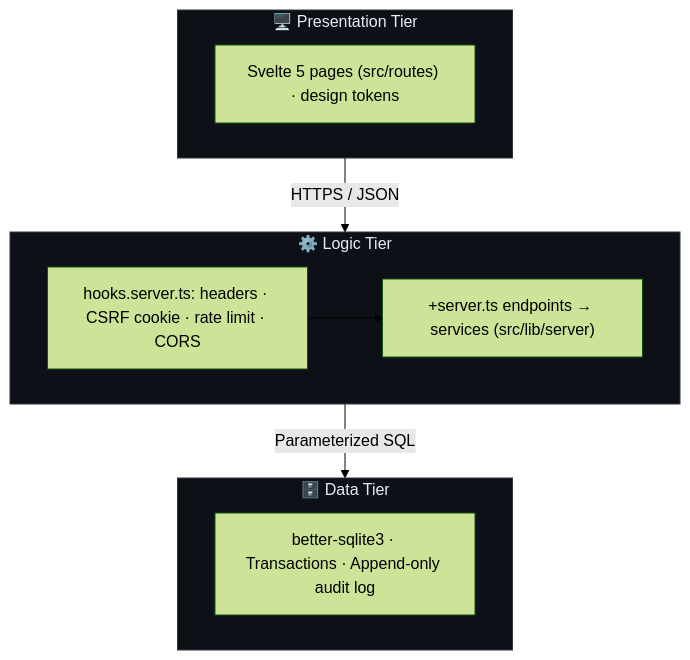
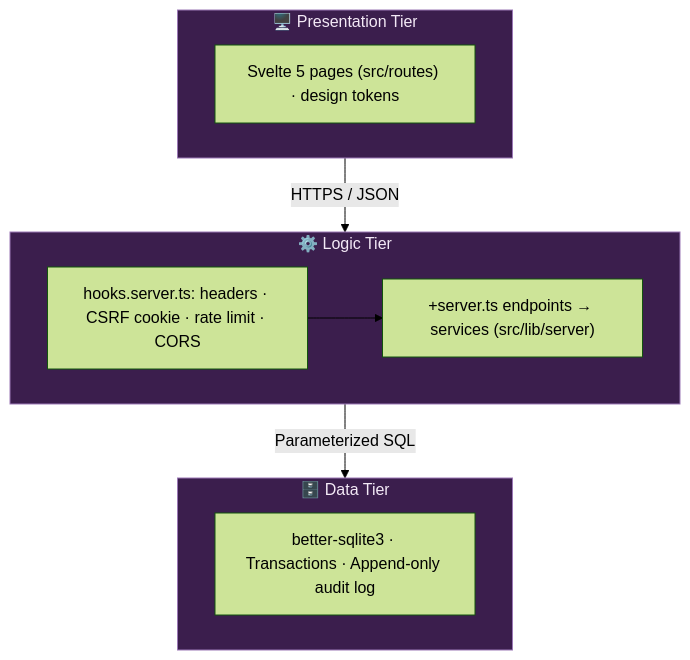
One commit to Volanakis/HorizonView changed the first of 3 diagrams in README.md. Above: the diagram before and after it, drawn with Mermaid (forest theme). The commit also changed other lines of this file, not shown here.

````diff
--- a/README.md
+++ b/README.md
@@ -93,19 +99,19 @@
 ```mermaid
 flowchart TB
     subgraph P["🖥️ Presentation Tier"]
         UI["Svelte 5 pages (src/routes) · design tokens"]
     end
     subgraph L["⚙️ Logic Tier"]
         MW["hooks.server.ts: headers · CSRF cookie · rate limit · CORS"]
         RC["+server.ts endpoints → services (src/lib/server)"]
         MW --> RC
     end
     subgraph D["🗄️ Data Tier"]
         DB["better-sqlite3 · Transactions · Append-only audit log"]
     end
     P -->|HTTPS / JSON| L
     L -->|Parameterized SQL| D
 
-    classDef tier fill:#0d1117,stroke:#30363d,color:#e6edf3;
+    classDef tier fill:#3b1e4d,stroke:#9b78b6,color:#f3e9f6;
     class P,L,D tier;
 ```
````
